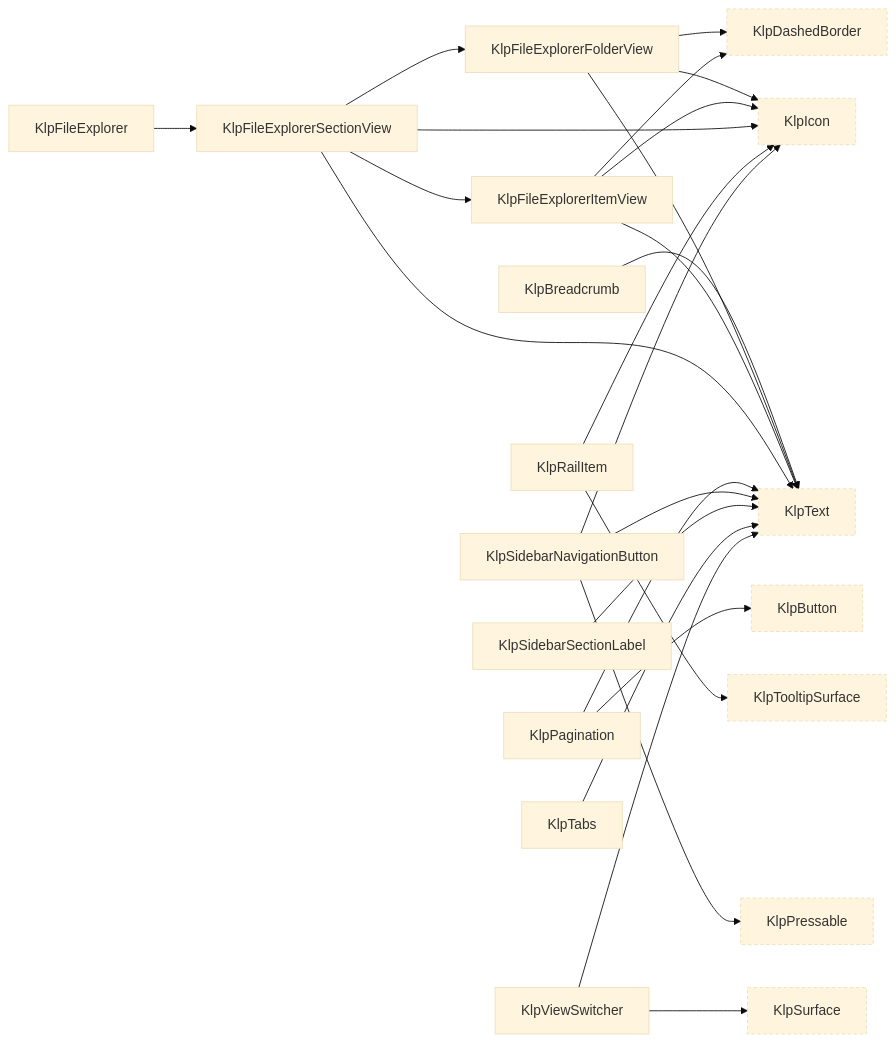
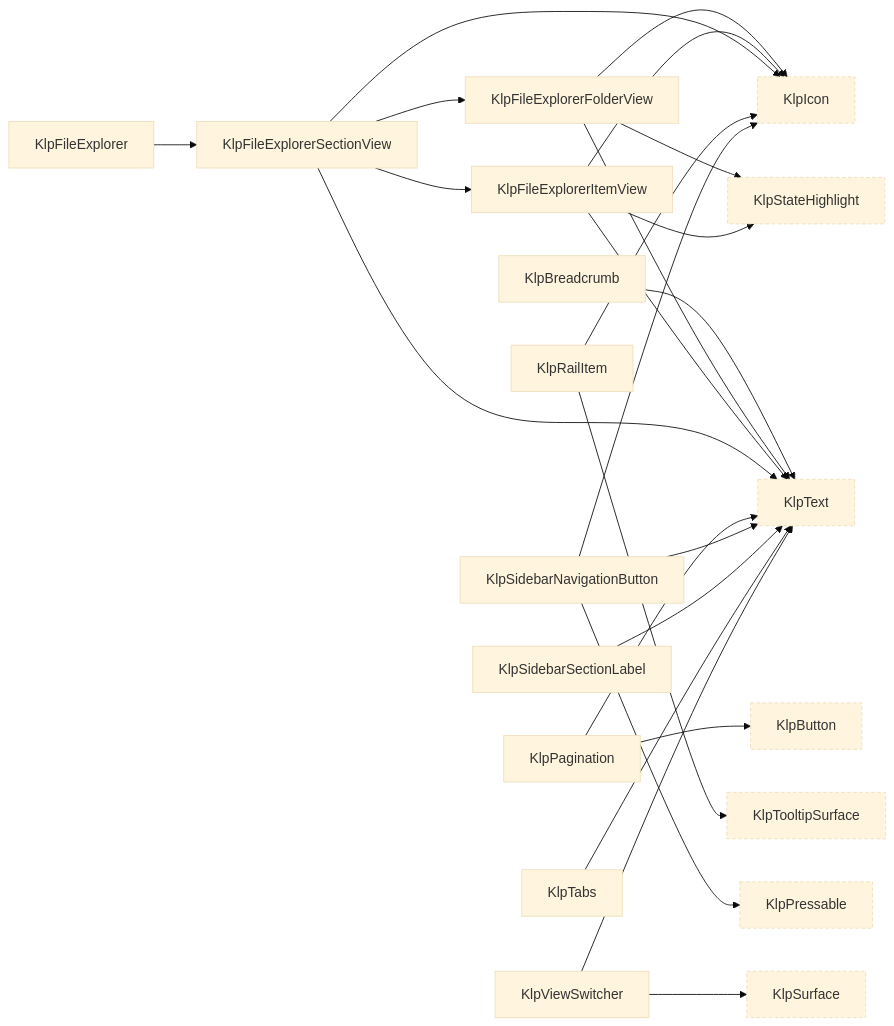
Diagram 12 of 17 in spec/component-inventory.md (MiuDog/Kallopis), drawn with Mermaid (base theme) before and after one commit. The commit also changed other lines of this file and 73 other files, not shown here.

First line of the commit message:
refactor(interaction): one hover vocabulary, and it is a highlight not a border

````diff
--- a/spec/component-inventory.md
+++ b/spec/component-inventory.md
@@ -842,45 +840,45 @@
 ```mermaid
 graph LR
   KlpBreadcrumb["KlpBreadcrumb"]
   KlpButton["KlpButton"]:::external
-  KlpDashedBorder["KlpDashedBorder"]:::external
   KlpFileExplorer["KlpFileExplorer"]
   KlpFileExplorerFolderView["KlpFileExplorerFolderView"]
   KlpFileExplorerItemView["KlpFileExplorerItemView"]
   KlpFileExplorerSectionView["KlpFileExplorerSectionView"]
   KlpIcon["KlpIcon"]:::external
   KlpPagination["KlpPagination"]
   KlpPressable["KlpPressable"]:::external
   KlpRailItem["KlpRailItem"]
   KlpSidebarNavigationButton["KlpSidebarNavigationButton"]
   KlpSidebarSectionLabel["KlpSidebarSectionLabel"]
+  KlpStateHighlight["KlpStateHighlight"]:::external
   KlpSurface["KlpSurface"]:::external
   KlpTabs["KlpTabs"]
   KlpText["KlpText"]:::external
   KlpTooltipSurface["KlpTooltipSurface"]:::external
   KlpViewSwitcher["KlpViewSwitcher"]
   KlpBreadcrumb --> KlpText
-  KlpFileExplorerFolderView --> KlpDashedBorder
   KlpFileExplorerFolderView --> KlpIcon
+  KlpFileExplorerFolderView --> KlpStateHighlight
   KlpFileExplorerFolderView --> KlpText
-  KlpFileExplorerItemView --> KlpDashedBorder
   KlpFileExplorerItemView --> KlpIcon
+  KlpFileExplorerItemView --> KlpStateHighlight
   KlpFileExplorerItemView --> KlpText
   KlpFileExplorerSectionView --> KlpFileExplorerFolderView
   KlpFileExplorerSectionView --> KlpFileExplorerItemView
   KlpFileExplorerSectionView --> KlpIcon
   KlpFileExplorerSectionView --> KlpText
   KlpFileExplorer --> KlpFileExplorerSectionView
   KlpPagination --> KlpButton
   KlpPagination --> KlpText
   KlpRailItem --> KlpIcon
   KlpRailItem --> KlpTooltipSurface
   KlpSidebarNavigationButton --> KlpIcon
   KlpSidebarNavigationButton --> KlpPressable
   KlpSidebarNavigationButton --> KlpText
   KlpSidebarSectionLabel --> KlpText
   KlpTabs --> KlpText
   KlpViewSwitcher --> KlpSurface
   KlpViewSwitcher --> KlpText
   classDef external stroke-dasharray: 4 3;
 ```
````
